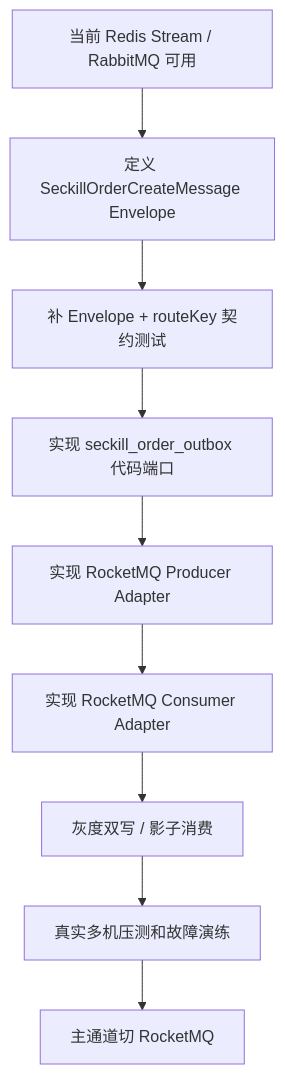
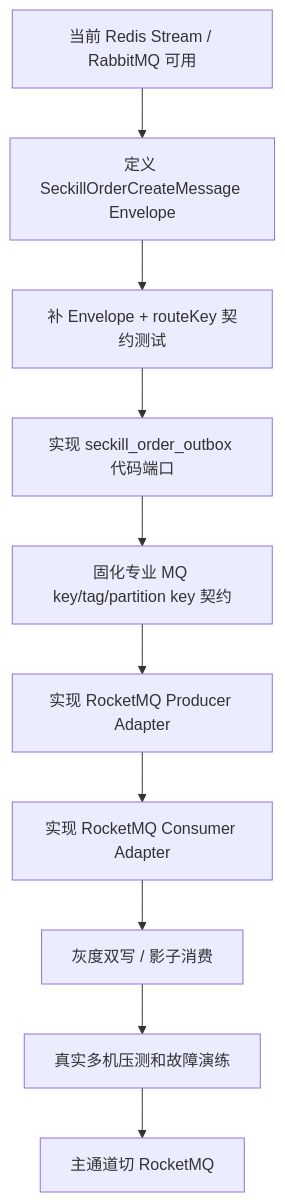
One commit to qsyy0921/my_ecommerce changed the diagram in docs/sdd/2026-05-31-seckill-professional-mq-switch-boundary.md. Above: the diagram before and after it, drawn with Mermaid. The commit also changed other lines of this file and 14 other files, not shown here.

````diff
--- a/docs/sdd/2026-05-31-seckill-professional-mq-switch-boundary.md
+++ b/docs/sdd/2026-05-31-seckill-professional-mq-switch-boundary.md
@@ -81,11 +81,12 @@
 ```mermaid
 flowchart TD
     A["当前 Redis Stream / RabbitMQ 可用"] --> B["定义 SeckillOrderCreateMessage Envelope"]
     B --> C["补 Envelope + routeKey 契约测试"]
     C --> D["实现 seckill_order_outbox 代码端口"]
-    D --> E["实现 RocketMQ Producer Adapter"]
-    E --> F["实现 RocketMQ Consumer Adapter"]
-    F --> G["灰度双写 / 影子消费"]
-    G --> H["真实多机压测和故障演练"]
-    H --> I["主通道切 RocketMQ"]
+    D --> E["固化专业 MQ key/tag/partition key 契约"]
+    E --> F["实现 RocketMQ Producer Adapter"]
+    F --> G["实现 RocketMQ Consumer Adapter"]
+    G --> H["灰度双写 / 影子消费"]
+    H --> I["真实多机压测和故障演练"]
+    I --> J["主通道切 RocketMQ"]
 ```
````
